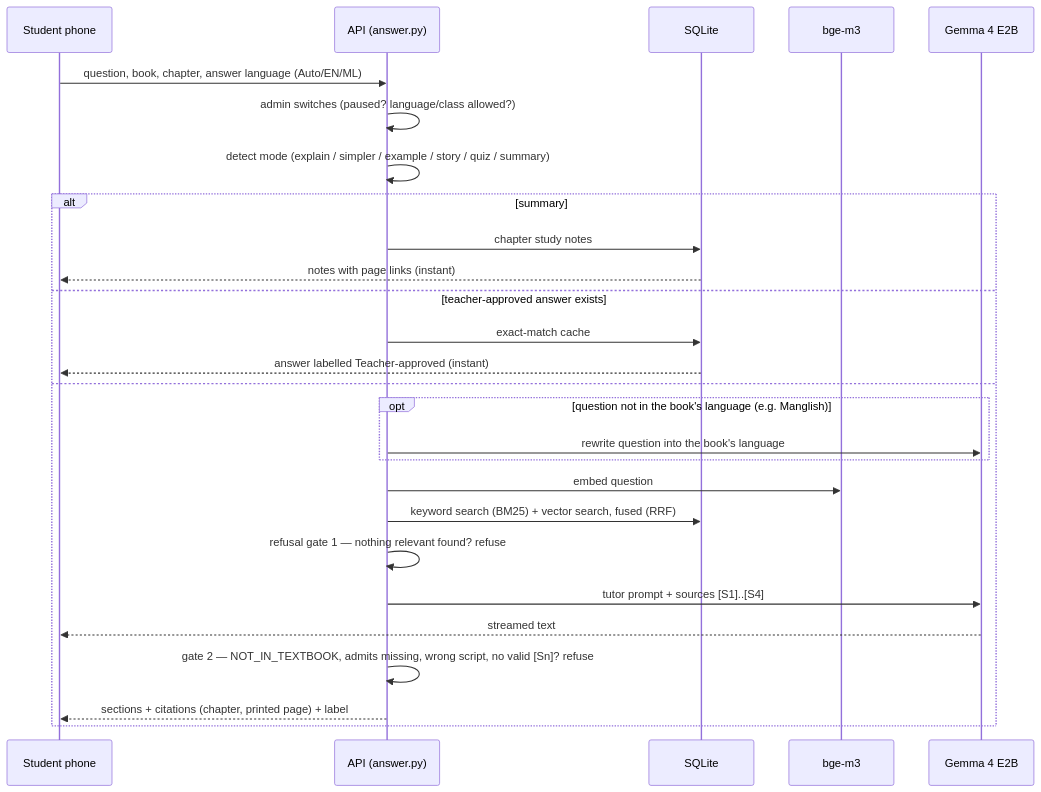
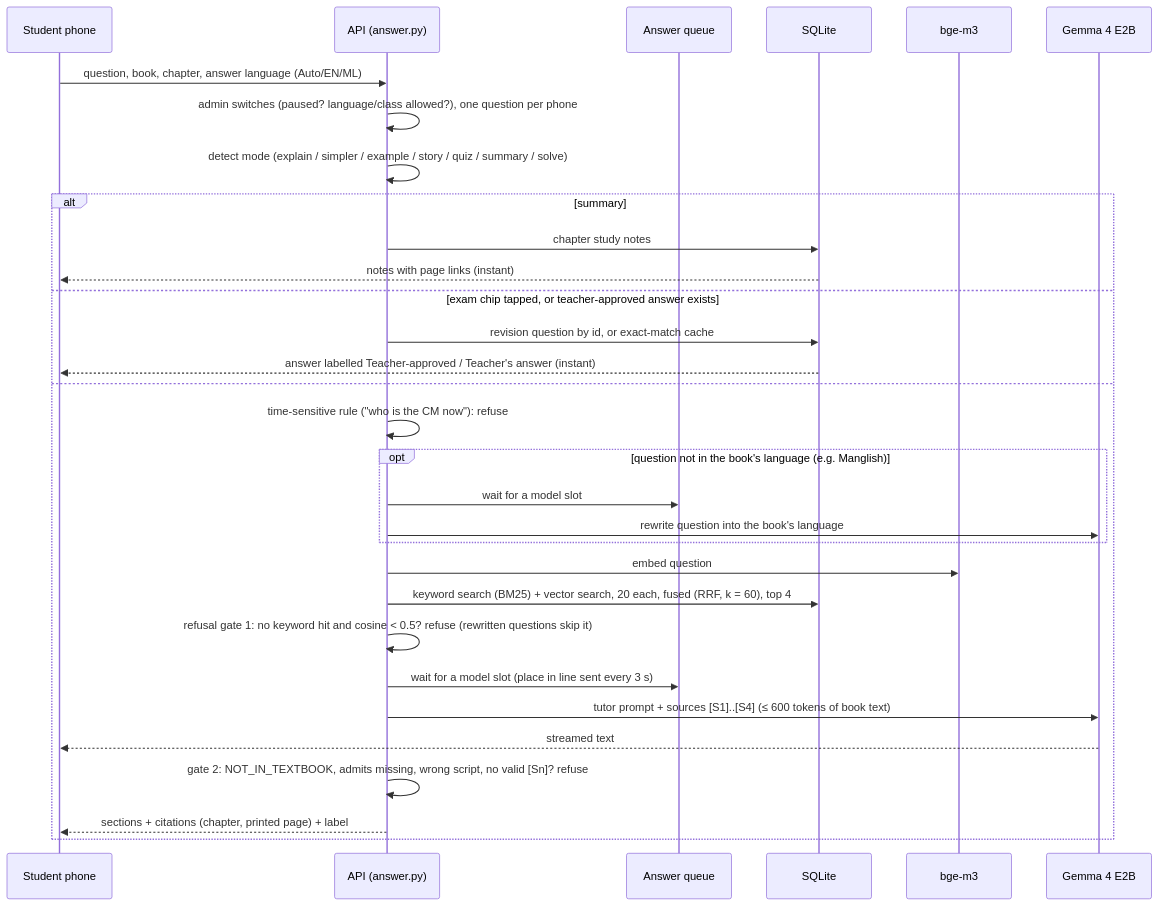
The second of 5 diagrams in docs/TECHNICAL_DESIGN.md (IshanGeorgeMathews/RuralMinds-V1.1), drawn with Mermaid before and after one commit. The commit also changed other lines of this file and 6 other files, not shown here.

````diff
--- a/docs/TECHNICAL_DESIGN.md
+++ b/docs/TECHNICAL_DESIGN.md
@@ -40,29 +45,33 @@
 ```mermaid
 sequenceDiagram
     participant S as Student phone
     participant A as API (answer.py)
+    participant Q as Answer queue
     participant D as SQLite
     participant E as bge-m3
     participant M as Gemma 4 E2B
     S->>A: question, book, chapter, answer language (Auto/EN/ML)
-    A->>A: admin switches (paused? language/class allowed?)
-    A->>A: detect mode (explain / simpler / example / story / quiz / summary)
+    A->>A: admin switches (paused? language/class allowed?), one question per phone
+    A->>A: detect mode (explain / simpler / example / story / quiz / summary / solve)
     alt summary
         A->>D: chapter study notes
         D-->>S: notes with page links (instant)
-    else teacher-approved answer exists
-        A->>D: exact-match cache
-        D-->>S: answer labelled Teacher-approved (instant)
+    else exam chip tapped, or teacher-approved answer exists
+        A->>D: revision question by id, or exact-match cache
+        D-->>S: answer labelled Teacher-approved / Teacher's answer (instant)
     else
+        A->>A: time-sensitive rule ("who is the CM now"): refuse
         opt question not in the book's language (e.g. Manglish)
+            A->>Q: wait for a model slot
             A->>M: rewrite question into the book's language
         end
         A->>E: embed question
-        A->>D: keyword search (BM25) + vector search, fused (RRF)
-        A->>A: refusal gate 1 — nothing relevant found? refuse
-        A->>M: tutor prompt + sources [S1]..[S4]
+        A->>D: keyword search (BM25) + vector search, 20 each, fused (RRF, k = 60), top 4
+        A->>A: refusal gate 1: no keyword hit and cosine < 0.5? refuse (rewritten questions skip it)
+        A->>Q: wait for a model slot (place in line sent every 3 s)
+        A->>M: tutor prompt + sources [S1]..[S4] (≤ 600 tokens of book text)
         M-->>S: streamed text
-        A->>A: gate 2 — NOT_IN_TEXTBOOK, admits missing, wrong script, no valid [Sn]? refuse
+        A->>A: gate 2: NOT_IN_TEXTBOOK, admits missing, wrong script, no valid [Sn]? refuse
         A-->>S: sections + citations (chapter, printed page) + label
     end
 ```
````
